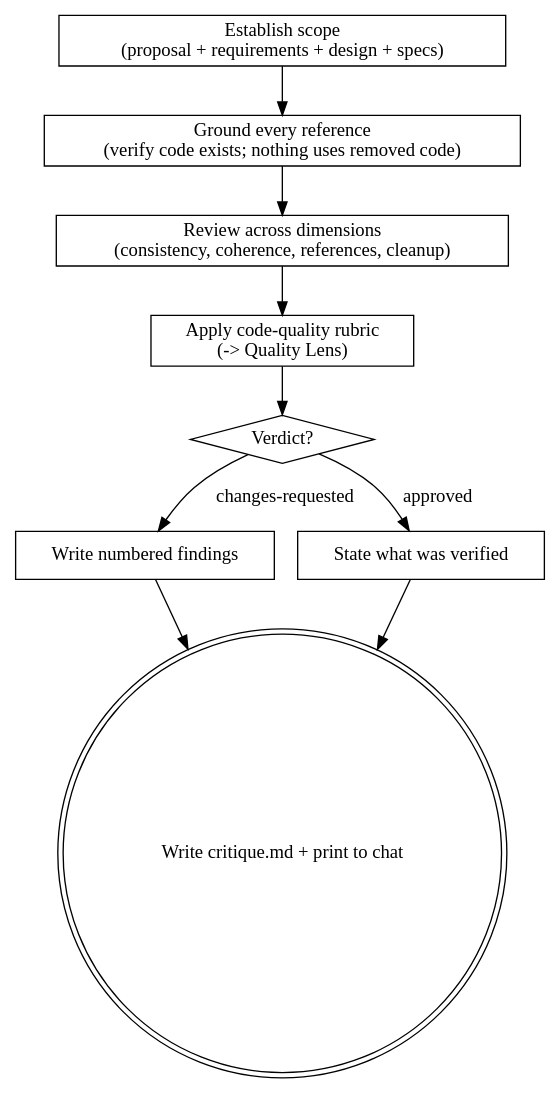
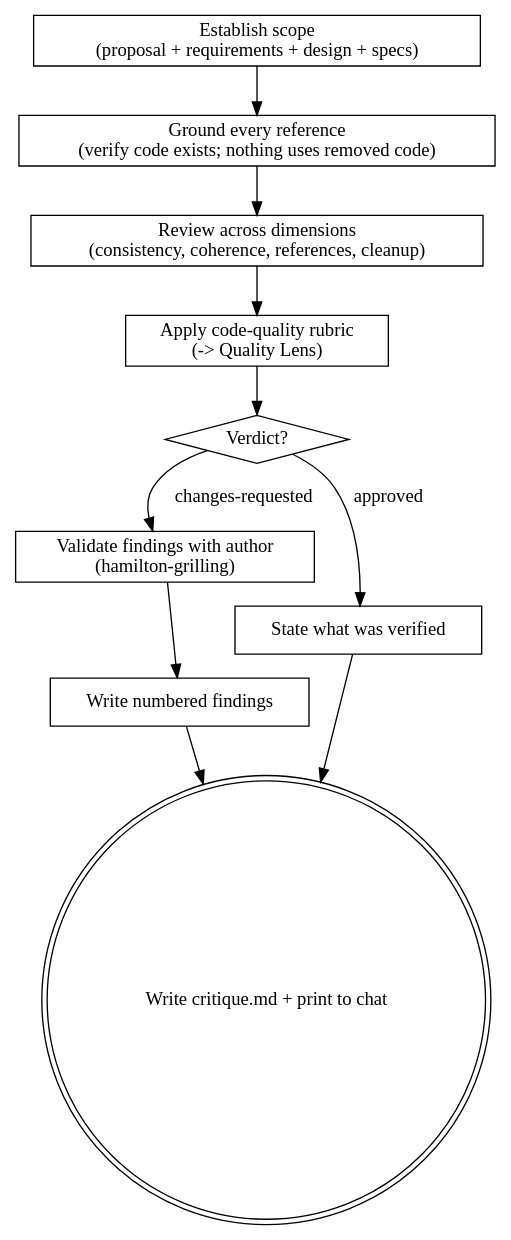
The diagram in skills/hamilton-critique/SKILL.md (caiorcferreira/hamilton), drawn with Graphviz before and after one commit. The commit also changed other lines of this file, not shown here.

Commit message:
MAESTRO: add hamilton-grilling to critique changes-requested path

````diff
--- a/skills/hamilton-critique/SKILL.md
+++ b/skills/hamilton-critique/SKILL.md
@@ -170,21 +179,23 @@
 ```dot
 digraph hamilton_critique {
     "Establish scope\n(proposal + requirements + design + specs)" [shape=box];
     "Ground every reference\n(verify code exists; nothing uses removed code)" [shape=box];
     "Review across dimensions\n(consistency, coherence, references, cleanup)" [shape=box];
     "Apply code-quality rubric\n(-> Quality Lens)" [shape=box];
     "Verdict?" [shape=diamond];
+    "Validate findings with author\n(hamilton-grilling)" [shape=box];
     "Write numbered findings" [shape=box];
     "State what was verified" [shape=box];
     "Write critique.md + print to chat" [shape=doublecircle];
 
     "Establish scope\n(proposal + requirements + design + specs)" -> "Ground every reference\n(verify code exists; nothing uses removed code)";
     "Ground every reference\n(verify code exists; nothing uses removed code)" -> "Review across dimensions\n(consistency, coherence, references, cleanup)";
     "Review across dimensions\n(consistency, coherence, references, cleanup)" -> "Apply code-quality rubric\n(-> Quality Lens)";
     "Apply code-quality rubric\n(-> Quality Lens)" -> "Verdict?";
-    "Verdict?" -> "Write numbered findings" [label="changes-requested"];
+    "Verdict?" -> "Validate findings with author\n(hamilton-grilling)" [label="changes-requested"];
+    "Validate findings with author\n(hamilton-grilling)" -> "Write numbered findings";
     "Verdict?" -> "State what was verified" [label="approved"];
     "Write numbered findings" -> "Write critique.md + print to chat";
     "State what was verified" -> "Write critique.md + print to chat";
 }
 ```
````
